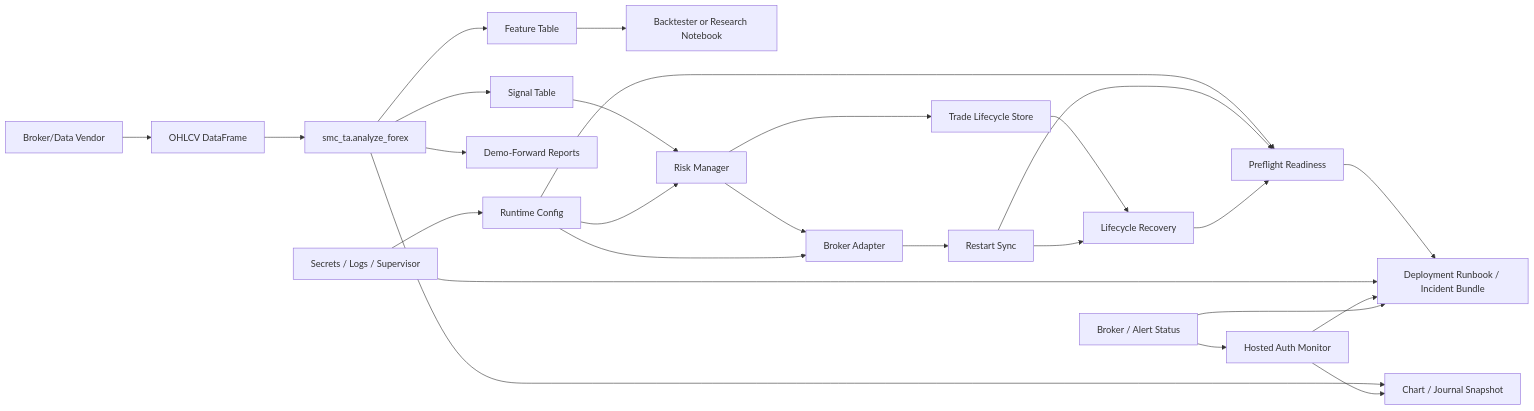
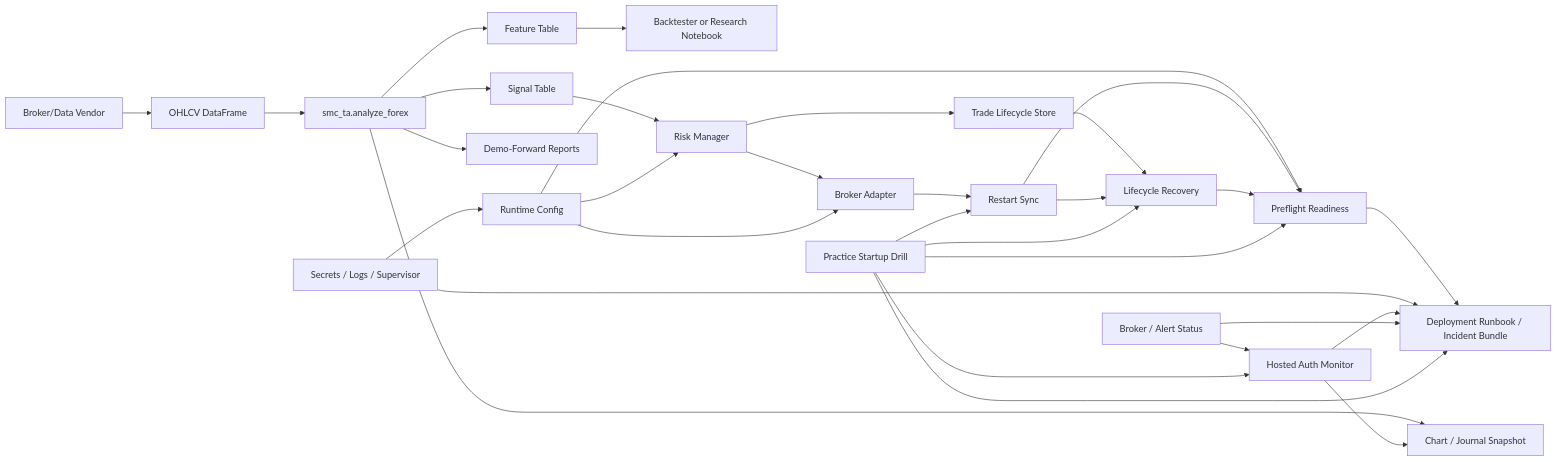
The diagram in docs/BOT_INTEGRATION.md (primebdsm/smcandta), drawn with Mermaid before and after one commit. The commit also changed other lines of this file and 12 other files, not shown here.

Commit message:
Add practice startup monitoring drill

````diff
--- a/docs/BOT_INTEGRATION.md
+++ b/docs/BOT_INTEGRATION.md
@@ -5,28 +5,33 @@
 ```mermaid
 flowchart LR
   A["Broker/Data Vendor"] --> B["OHLCV DataFrame"]
   B --> C["smc_ta.analyze_forex"]
   C --> D["Feature Table"]
   C --> E["Signal Table"]
   D --> F["Backtester or Research Notebook"]
   E --> G["Risk Manager"]
   G --> H["Broker Adapter"]
   G --> J["Trade Lifecycle Store"]
   C --> I["Chart / Journal Snapshot"]
   C --> N["Demo-Forward Reports"]
   K["Runtime Config"] --> G
   K --> H
   K --> L["Preflight Readiness"]
   H --> M["Restart Sync"]
   M --> L
   J --> O["Lifecycle Recovery"]
   M --> O
   O --> L
   L --> P["Deployment Runbook / Incident Bundle"]
   Q["Secrets / Logs / Supervisor"] --> K
   Q --> P
   R["Hosted Auth Monitor"] --> I
   R --> P
   S["Broker / Alert Status"] --> R
   S --> P
+  T["Practice Startup Drill"] --> M
+  T --> O
+  T --> L
+  T --> R
+  T --> P
 ```
````
